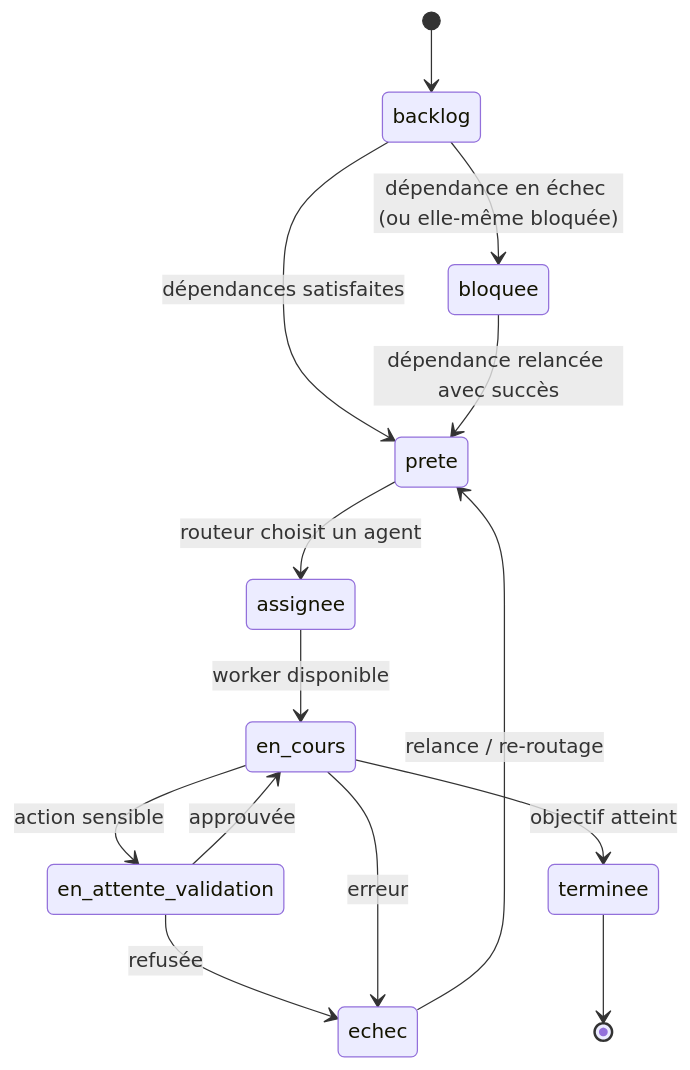
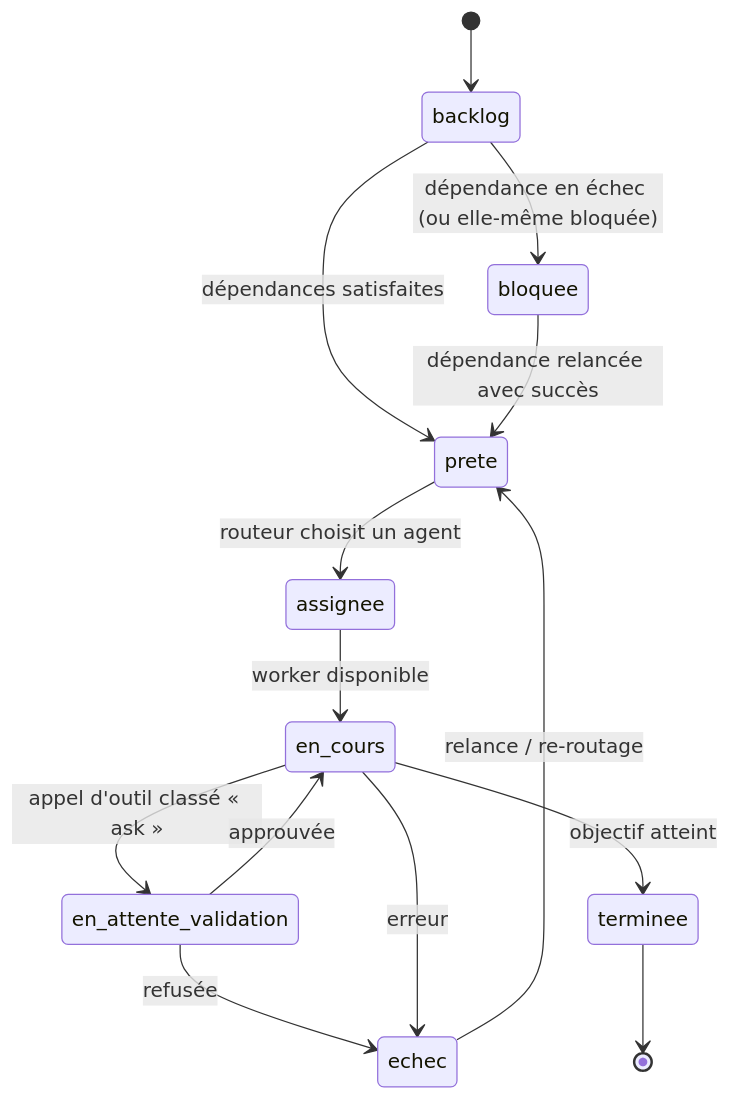
The second of 2 diagrams in docs/03-modele-de-donnees.md (automatemaestro-create/maestro), drawn with Mermaid before and after one commit. The commit also changed other lines of this file and 10 other files, not shown here.

````diff
--- a/docs/03-modele-de-donnees.md
+++ b/docs/03-modele-de-donnees.md
@@ -254,16 +270,16 @@
 ```mermaid
 stateDiagram-v2
     [*] --> backlog
     backlog --> prete: dépendances satisfaites
     backlog --> bloquee: dépendance en échec (ou elle-même bloquée)
     prete --> assignee: routeur choisit un agent
     assignee --> en_cours: worker disponible
-    en_cours --> en_attente_validation: action sensible
+    en_cours --> en_attente_validation: appel d'outil classé « ask »
     en_attente_validation --> en_cours: approuvée
     en_attente_validation --> echec: refusée
     en_cours --> terminee: objectif atteint
     en_cours --> echec: erreur
     echec --> prete: relance / re-routage
     bloquee --> prete: dépendance relancée avec succès
     terminee --> [*]
 ```
````
